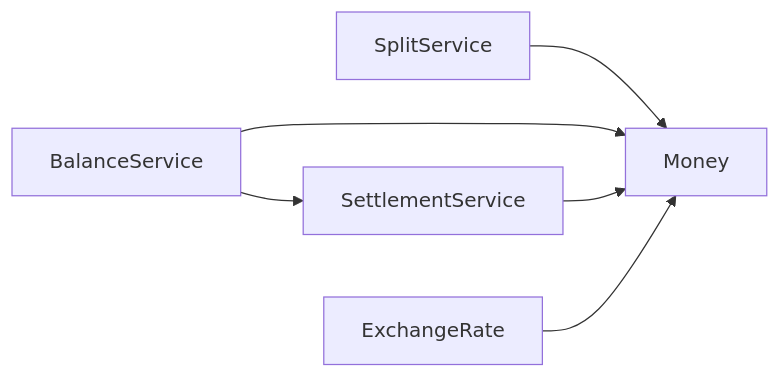
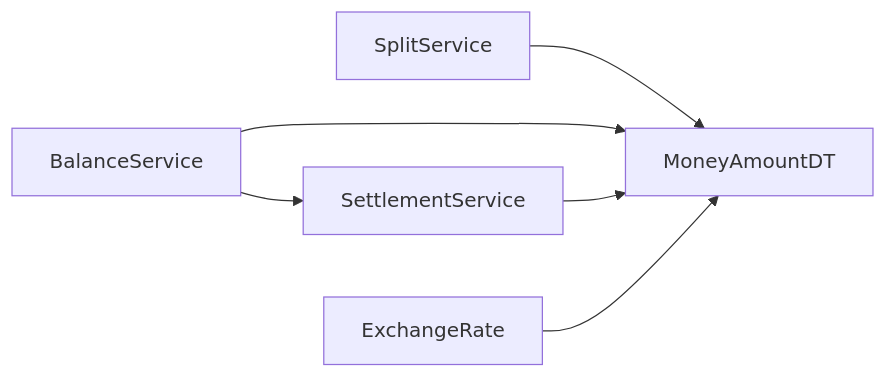
The fourth of 6 diagrams in Architektur/A05-building-block-view.md (Bunyamin0101/WK_1106_CampusSplit), drawn with Mermaid before and after one commit. The commit also changed other lines of this file, not shown here.

First line of the commit message:
Revise architecture documentation for Thymeleaf and OAuth2

````diff
--- a/Architektur/A05-building-block-view.md
+++ b/Architektur/A05-building-block-view.md
@@ -286,14 +310,14 @@
 ```mermaid
 flowchart LR
-    MONEY[Money]
+    MONEY[MoneyAmountDT]
     SPLIT[SplitService]
     BALANCE[BalanceService]
     SETTLEMENT[SettlementService]
     RATE[ExchangeRate]
 
     SPLIT --> MONEY
     BALANCE --> MONEY
     SETTLEMENT --> MONEY
     RATE --> MONEY
     BALANCE --> SETTLEMENT
 ```
````
